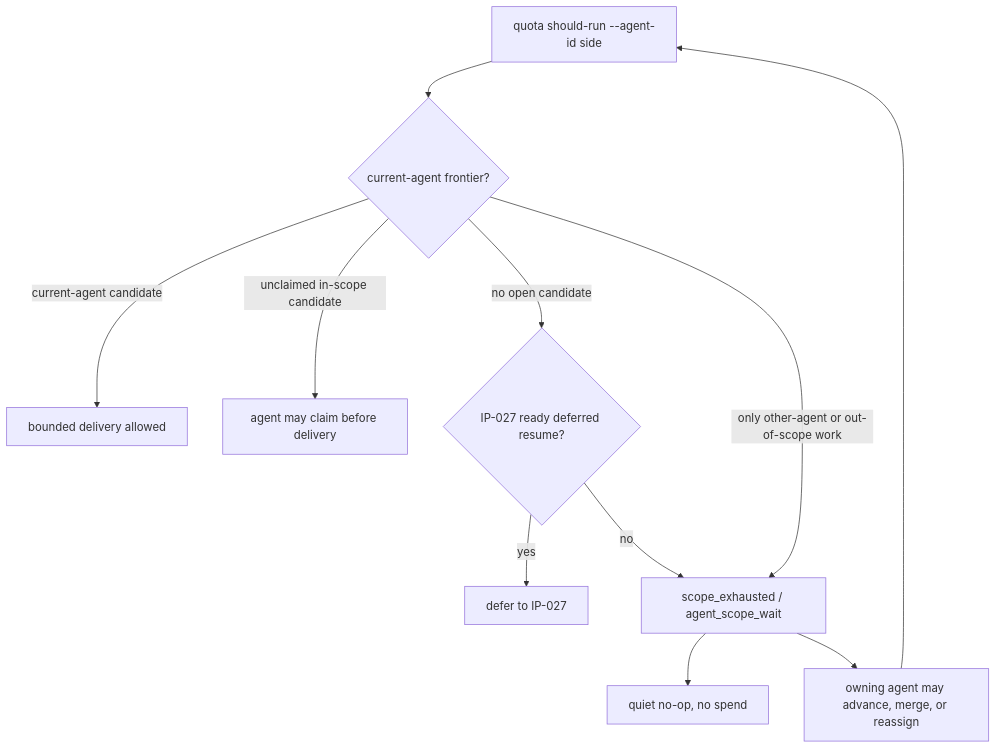
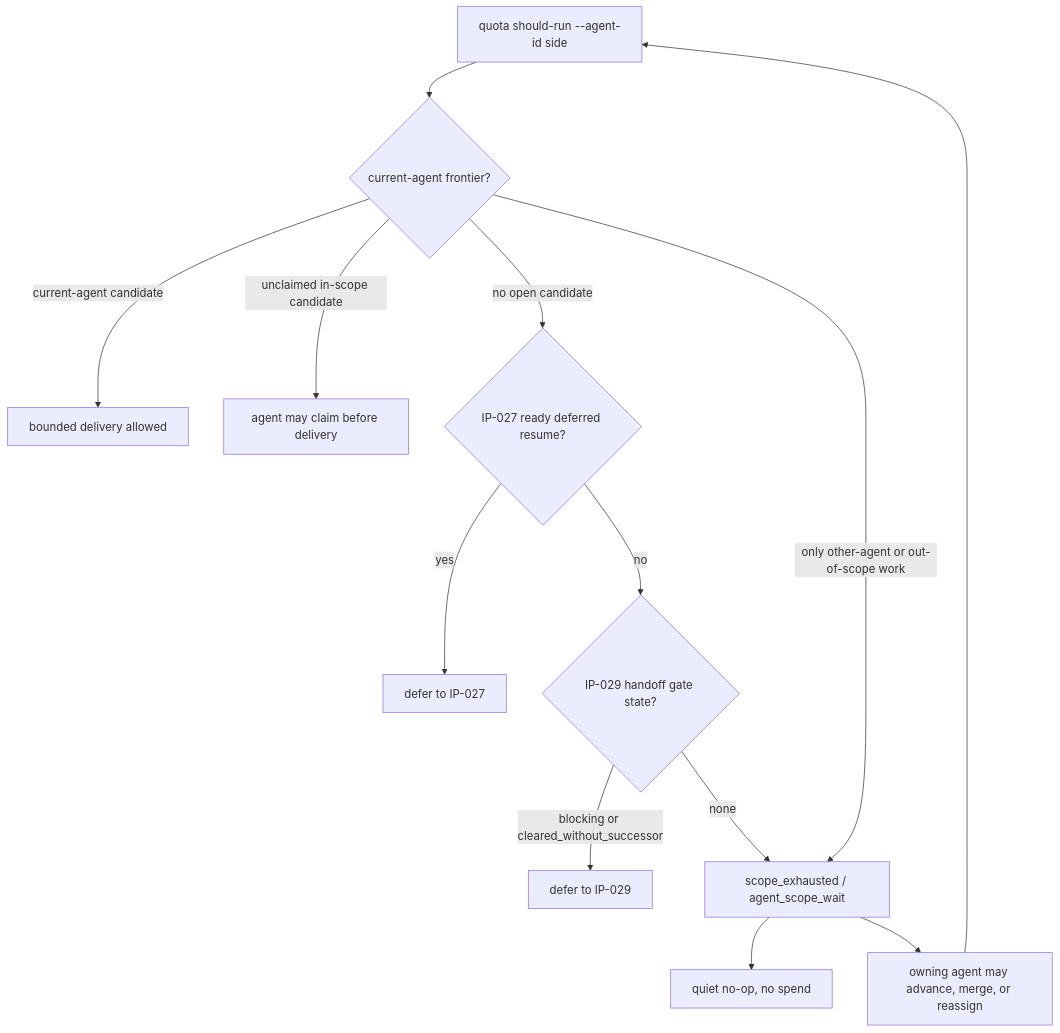
Diagram 23 of 31 in docs/interaction-pattern-catalog.md (huangruiteng/goal-harness), drawn with Mermaid before and after one commit. The commit also changed other lines of this file and 6 other files, not shown here.

Commit message:
Project handoff todo states into agent gates

````diff
--- a/docs/interaction-pattern-catalog.md
+++ b/docs/interaction-pattern-catalog.md
@@ -1562,13 +1638,15 @@
 ```mermaid
 flowchart TD
   Q["quota should-run --agent-id side"] --> F{"current-agent frontier?"}
   F -->|"current-agent candidate"| D["bounded delivery allowed"]
   F -->|"unclaimed in-scope candidate"| C["agent may claim before delivery"]
   F -->|"no open candidate"| R{"IP-027 ready deferred resume?"}
   R -->|"yes"| P["defer to IP-027"]
-  R -->|"no"| X["scope_exhausted / agent_scope_wait"]
+  R -->|"no"| G{"IP-029 handoff gate state?"}
+  G -->|"blocking or cleared_without_successor"| K["defer to IP-029"]
+  G -->|"none"| X["scope_exhausted / agent_scope_wait"]
   F -->|"only other-agent or out-of-scope work"| X
   X --> N["quiet no-op, no spend"]
   X --> H["owning agent may advance, merge, or reassign"]
   H --> Q
 ```
````
